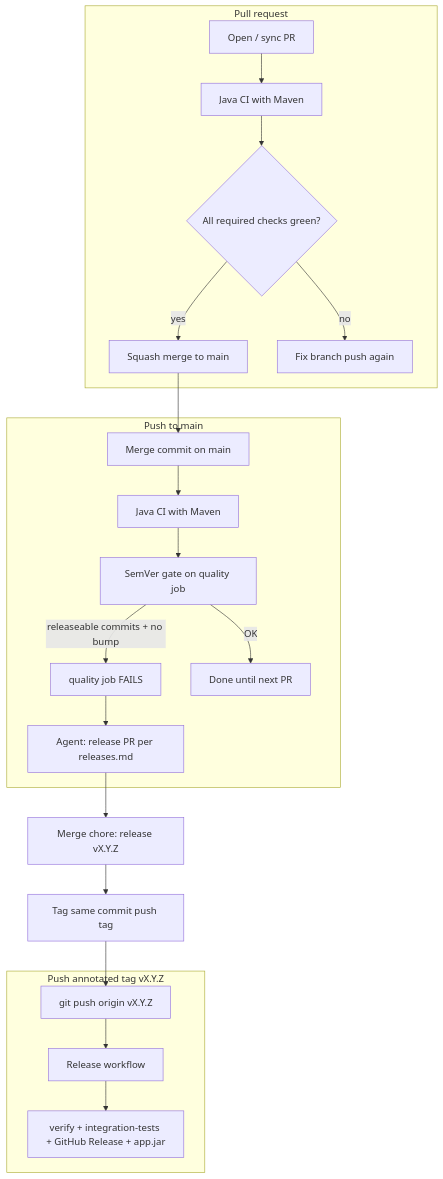
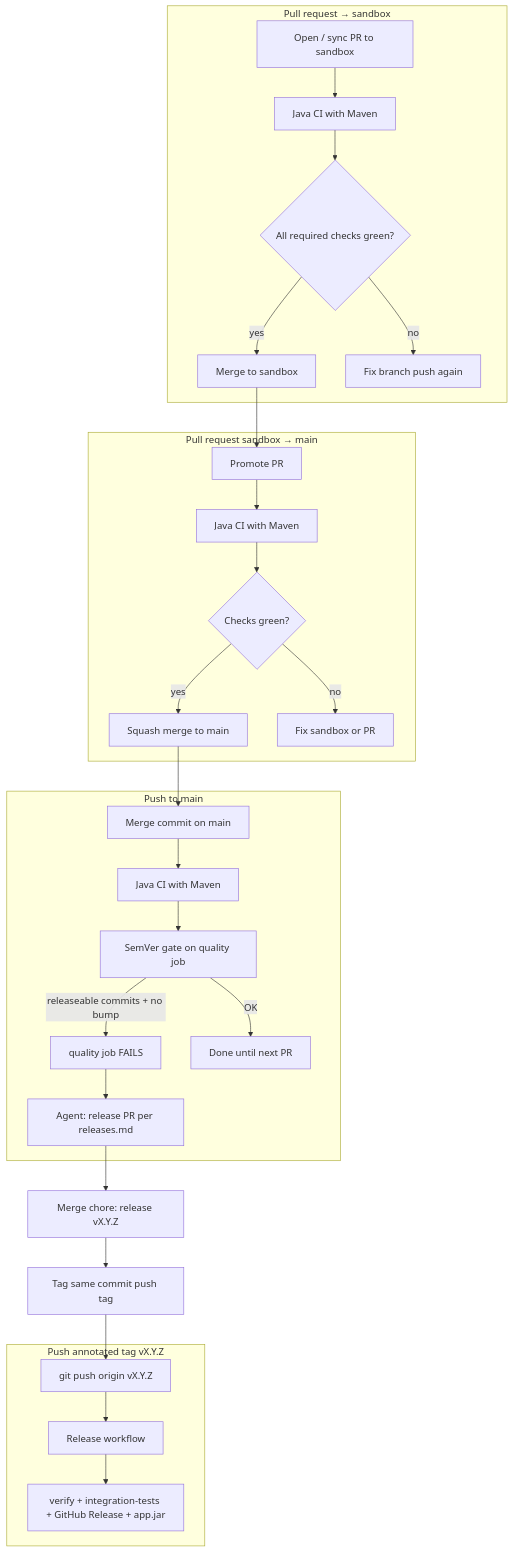
Before and after one commit to KleilsonSantos/VaultSpring: the diagram in docs/guides/delivery-automation.md, drawn with Mermaid. The commit also changed other lines of this file and 79 other files, not shown here.

First line of the commit message:
feat(security): JWT login, Vault dev scripts, sandbox flow, and API test suite (#6)

````diff
--- a/docs/guides/delivery-automation.md
+++ b/docs/guides/delivery-automation.md
@@ -7,27 +7,35 @@
 ```mermaid
 flowchart TD
-  subgraph pr [Pull request]
-    P1[Open / sync PR] --> P2[Java CI with Maven]
+  subgraph pr1 [Pull request → sandbox]
+    P1[Open / sync PR to sandbox] --> P2[Java CI with Maven]
     P2 --> P3{All required checks green?}
-    P3 -->|yes| P4[Squash merge to main]
+    P3 -->|yes| P4[Merge to sandbox]
     P3 -->|no| P5[Fix branch push again]
+  end
+
+  subgraph pr2 [Pull request sandbox → main]
+    S1[Promote PR] --> S2[Java CI with Maven]
+    S2 --> S3{Checks green?}
+    S3 -->|yes| S4[Squash merge to main]
+    S3 -->|no| S5[Fix sandbox or PR]
   end
 
   subgraph main [Push to main]
     M1[Merge commit on main] --> M2[Java CI with Maven]
     M2 --> M3[SemVer gate on quality job]
     M3 -->|releaseable commits + no bump| M4[quality job FAILS]
     M3 -->|OK| M6[Done until next PR]
     M4 --> M7[Agent: release PR per releases.md]
   end
 
   subgraph tag [Push annotated tag vX.Y.Z]
     T1[git push origin vX.Y.Z] --> T2[Release workflow]
     T2 --> T3[verify + integration-tests + GitHub Release + app.jar]
   end
 
-  P4 --> M1
+  P4 --> S1
+  S4 --> M1
   M7 --> R1[Merge chore: release vX.Y.Z]
   R1 --> T0[Tag same commit push tag]
   T0 --> T1
 ```
````
